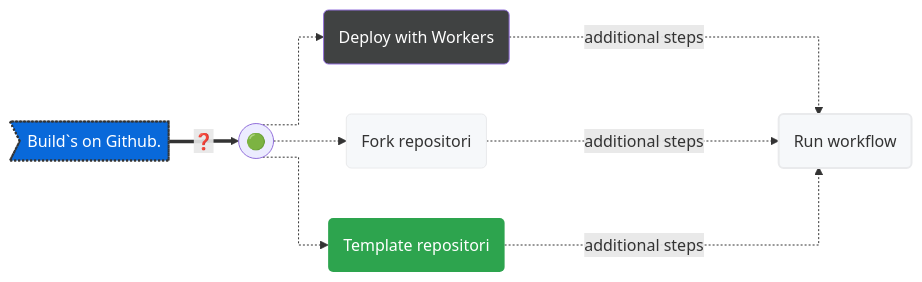
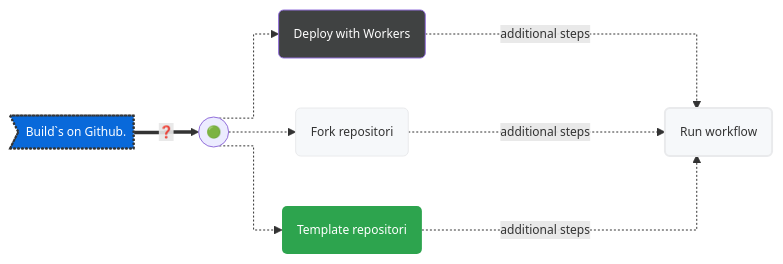
Before and after one commit to milankomaj/dev-badge: the diagram in README.md, drawn with Mermaid.

````diff
--- a/README.md
+++ b/README.md
@@ -12,23 +12,24 @@
 ```mermaid
+%%{init: {'theme': 'default', 'themeVariables': { 'fontSize': '12px'}}}%%
 %%{ init: { 'flowchart': { 'curve': 'stepAfter' } } }%%
 flowchart LR
 
 A>Build`s on Github.] ==>|"#10067;"| B
 B(("🟢")) .->C("Deploy with Workers")
 B(("🟢")) .->D("Fork repositori")
 B(("🟢")) .->E("Template repositori")
 C & D & E -...->|additional steps| F("Run workflow") 
 
 style F fill:#f6f8fa,stroke:#333,stroke-width:2px
 style C fill:#404242,color:#fefefe
 style D fill:#f6f8fa,stroke:#e9eaec
 style E fill:#2da44e,stroke-width:0px,color:#ffffff
 style F fill:#f6f8fa,stroke:#e9eaec
 style A fill:#0969da,stroke:#333,stroke-width:2px,color:#fff,stroke-dasharray: 2 2
 
 click A "https://github.com/milankomaj/dev-badge"
 click D "https://github.com/milankomaj/dev-badge/fork"
 click E "https://github.com/milankomaj/dev-badge/generate"
 
 
 ```
````
